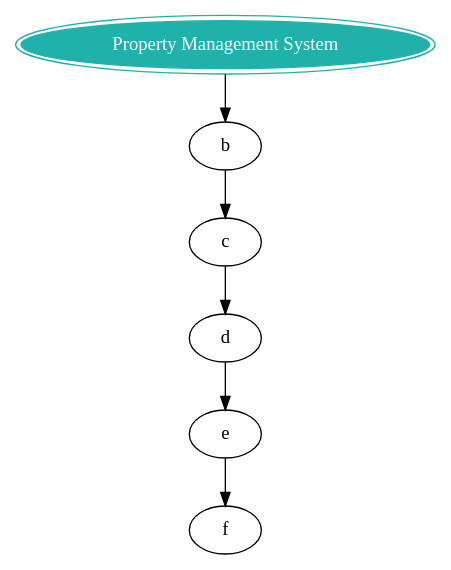
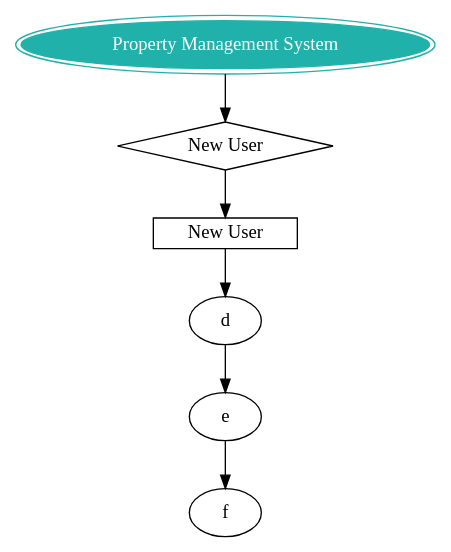
Before and after one commit to IIITM-Jay/Property-Management-System-Docs: the diagram in docs/source/flowSequence.rst, drawn with Graphviz.

```diff
--- a/docs/source/flowSequence.rst
+++ b/docs/source/flowSequence.rst
@@ -5,7 +5,11 @@
 .. graphviz::
    :align: center
 
    digraph {
       a->b->c->d->e->f;
       a [shap=ellipse, peripheries=2,color= lightseagreen, label="Property Management System", style=filled, fontcolor=white];
+      b [shape=diamond, label="New User"]
+      c [shape=box, label="New User", height=0.25, width=1.5 ]
+
+      
    }
```
